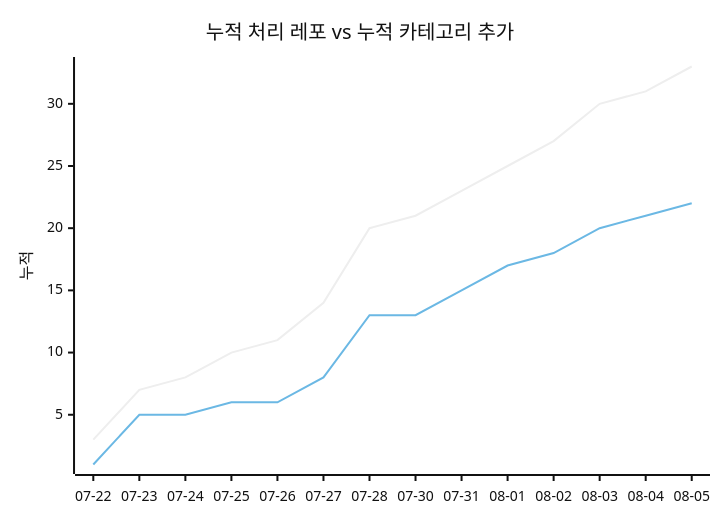
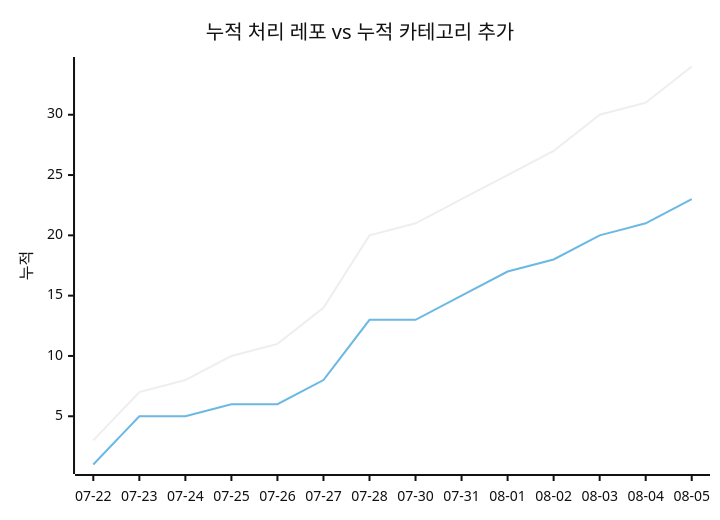
The second of 2 diagrams in docs/trends.md (J-nowcow/awesome-korean-agent-skills), drawn with Mermaid (neutral theme) before and after one commit. The commit also changed other lines of this file and 4 other files, not shown here.

````diff
--- a/docs/trends.md
+++ b/docs/trends.md
@@ -68,8 +68,8 @@
 ```mermaid
 xychart-beta
     title "누적 처리 레포 vs 누적 카테고리 추가"
     x-axis ["07-22","07-23","07-24","07-25","07-26","07-27","07-28","07-30","07-31","08-01","08-02","08-03","08-04","08-05"]
     y-axis "누적"
-    line [3,7,8,10,11,14,20,21,23,25,27,30,31,33]
-    line [1,5,5,6,6,8,13,13,15,17,18,20,21,22]
+    line [3,7,8,10,11,14,20,21,23,25,27,30,31,34]
+    line [1,5,5,6,6,8,13,13,15,17,18,20,21,23]
 ```
````
